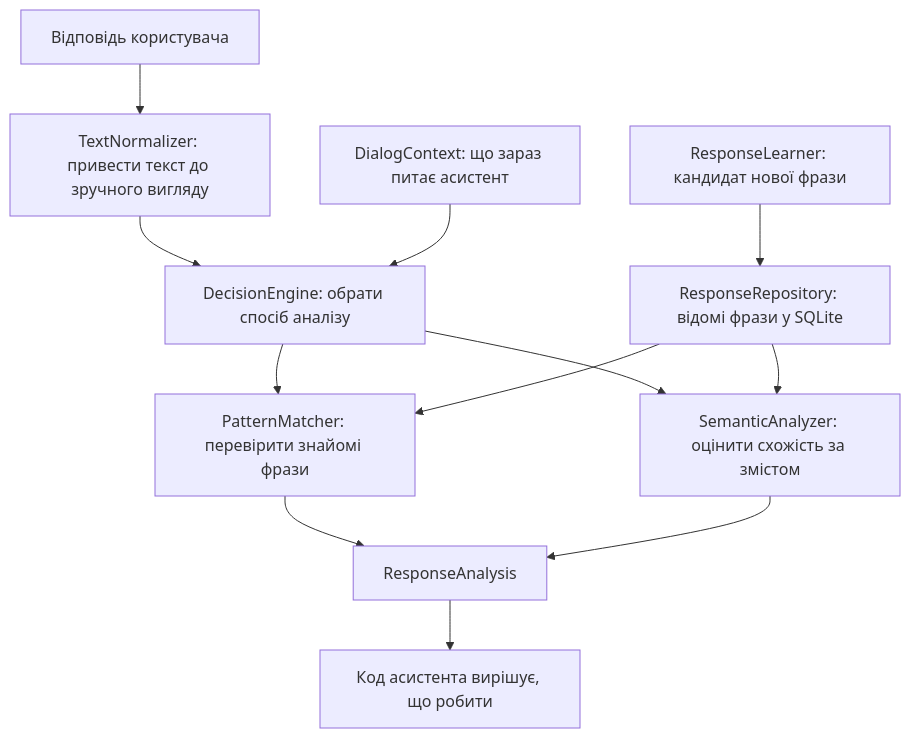
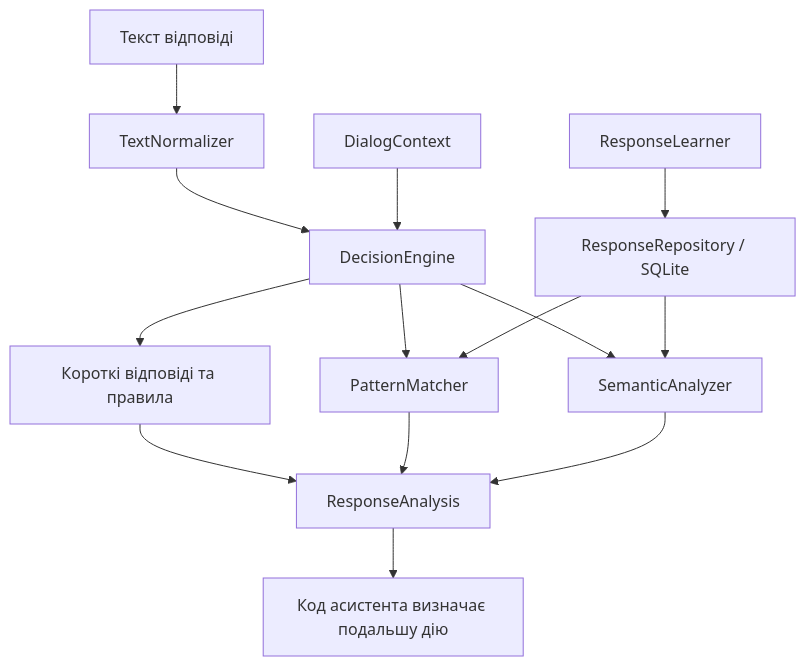
The diagram in core/response_analysis/DOC.md (VashchenkoArtem/Assistant), drawn with Mermaid before and after one commit. The commit also changed other lines of this file and 8 other files, not shown here.

````diff
--- a/core/response_analysis/DOC.md
+++ b/core/response_analysis/DOC.md
@@ -17,14 +15,16 @@
 ```mermaid
 flowchart TD
-    U["Відповідь користувача"] --> N["TextNormalizer: привести текст до зручного вигляду"]
-    N --> D["DecisionEngine: обрати спосіб аналізу"]
-    D --> P["PatternMatcher: перевірити знайомі фрази"]
-    D --> S["SemanticAnalyzer: оцінити схожість за змістом"]
-    P --> R["ResponseAnalysis"]
-    S --> R
-    C["DialogContext: що зараз питає асистент"] --> D
-    DB["ResponseRepository: відомі фрази у SQLite"] --> P
+    U["Текст відповіді"] --> N["TextNormalizer"]
+    N --> D["DecisionEngine"]
+    C["DialogContext"] --> D
+    D --> R["Короткі відповіді та правила"]
+    D --> P["PatternMatcher"]
+    D --> S["SemanticAnalyzer"]
+    DB["ResponseRepository / SQLite"] --> P
     DB --> S
-    R --> A["Код асистента вирішує, що робити"]
-    L["ResponseLearner: кандидат нової фрази"] --> DB
+    R --> A["ResponseAnalysis"]
+    P --> A
+    S --> A
+    A --> APP["Код асистента визначає подальшу дію"]
+    L["ResponseLearner"] --> DB
 ```
````
